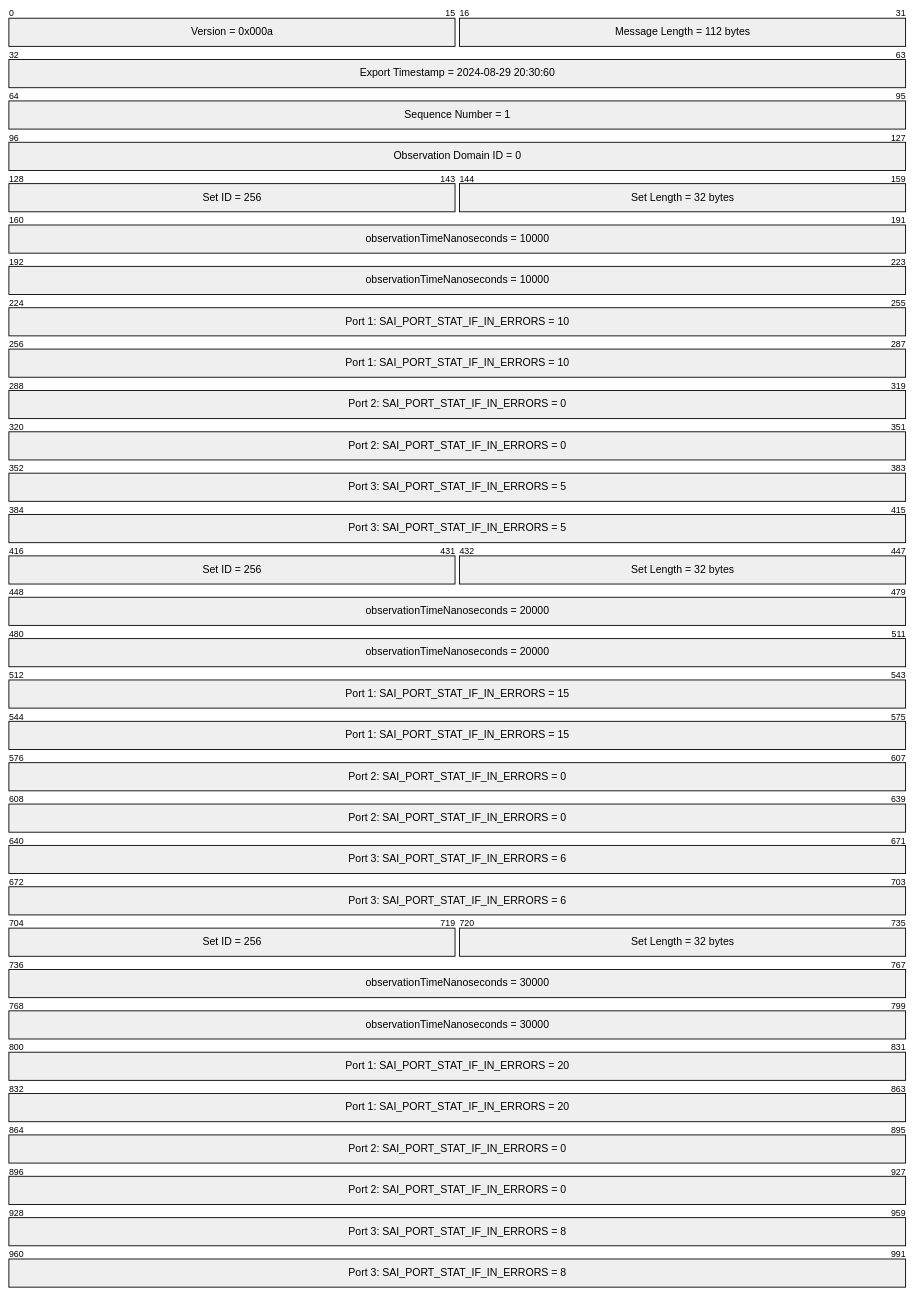
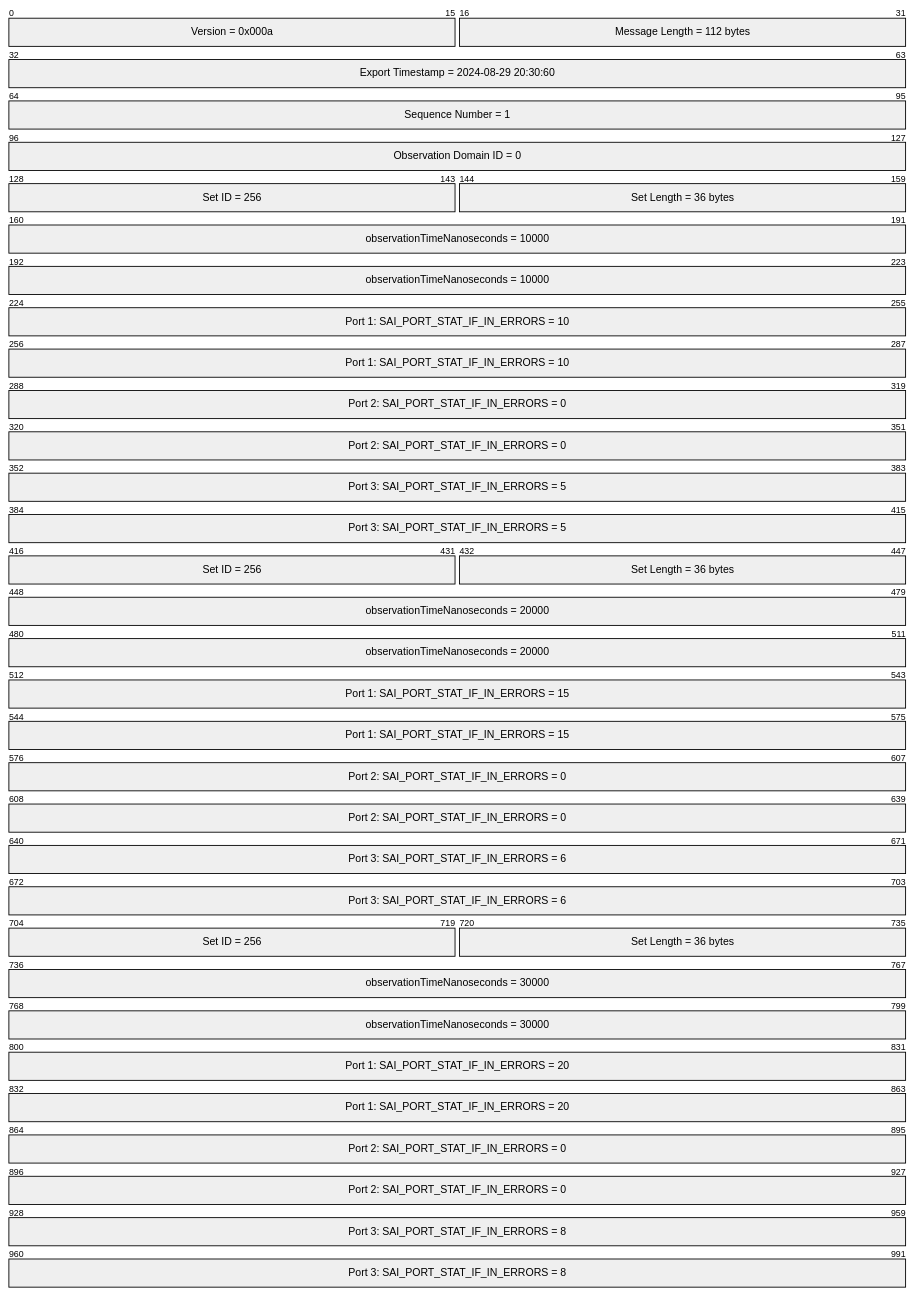
Before and after one commit to sonic-net/SONiC: the seventh of 10 diagrams in doc/stream-telemetry/stream-telemetry-hld.md, drawn with Mermaid. The commit also changed other lines of this file, not shown here.

````diff
--- a/doc/stream-telemetry/stream-telemetry-hld.md
+++ b/doc/stream-telemetry/stream-telemetry-hld.md
@@ -300,34 +309,34 @@
 ``` mermaid
 
 ---
 title: stream message IPFIX
 ---
 packet-beta
 0-15: "Version = 0x000a"
 16-31: "Message Length = 112 bytes"
 32-63: "Export Timestamp = 2024-08-29 20:30:60"
 64-95: "Sequence Number = 1"
 96-127: "Observation Domain ID = 0"
 
 128-143: "Set ID = 256"
-144-159: "Set Length = 32 bytes"
+144-159: "Set Length = 36 bytes"
 160-223: "observationTimeNanoseconds = 10000"
 224-287: "Port 1: SAI_PORT_STAT_IF_IN_ERRORS = 10"
 288-351: "Port 2: SAI_PORT_STAT_IF_IN_ERRORS = 0"
 352-415: "Port 3: SAI_PORT_STAT_IF_IN_ERRORS = 5"
 
 416-431: "Set ID = 256"
-432-447: "Set Length = 32 bytes"
+432-447: "Set Length = 36 bytes"
 448-511: "observationTimeNanoseconds = 20000"
 512-575: "Port 1: SAI_PORT_STAT_IF_IN_ERRORS = 15"
 576-639: "Port 2: SAI_PORT_STAT_IF_IN_ERRORS = 0"
 640-703: "Port 3: SAI_PORT_STAT_IF_IN_ERRORS = 6"
 
 704-719: "Set ID = 256"
-720-735: "Set Length = 32 bytes"
+720-735: "Set Length = 36 bytes"
 736-799: "observationTimeNanoseconds = 30000"
 800-863: "Port 1: SAI_PORT_STAT_IF_IN_ERRORS = 20"
 864-927: "Port 2: SAI_PORT_STAT_IF_IN_ERRORS = 0"
 928-991: "Port 3: SAI_PORT_STAT_IF_IN_ERRORS = 8"
 
 ```
````
